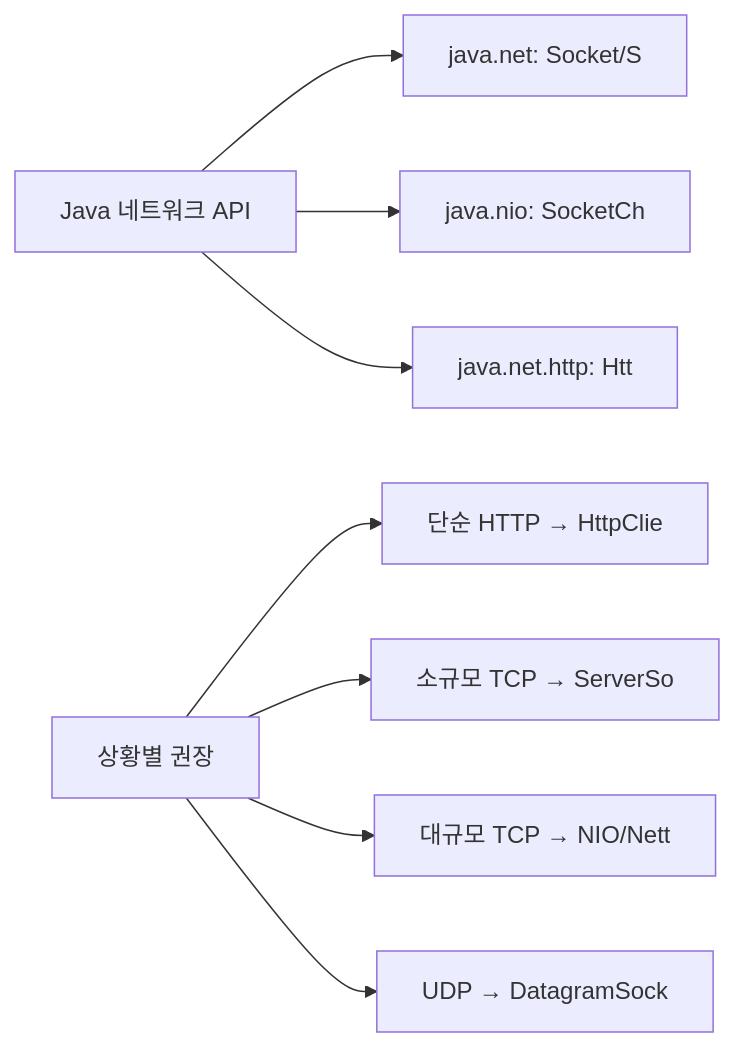
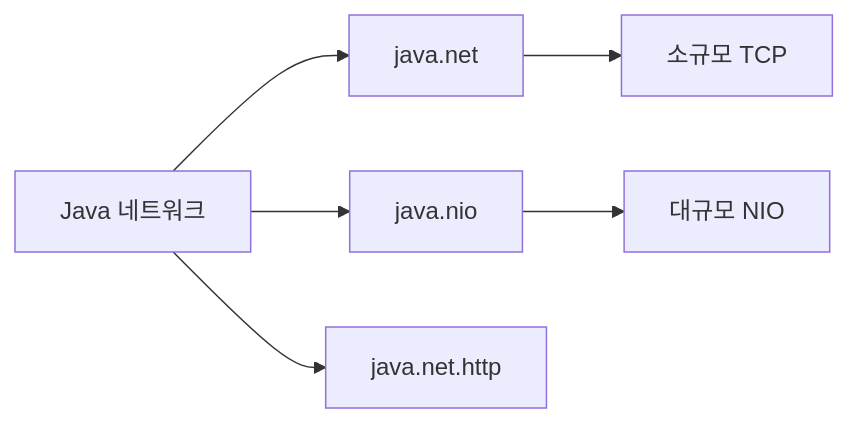
Before and after one commit to yjkim2015/yjkim2015.github.io: the fifth of 5 diagrams in _posts/java/2026-05-01-java-network.md, drawn with Mermaid. The commit also changed other lines of this file and 163 other files, not shown here.

First line of the commit message:
Mermaid 300개 블록 내용 축소: 5노드 5엣지 이하, 의미 있는 약어

````diff
--- a/_posts/java/2026-05-01-java-network.md
+++ b/_posts/java/2026-05-01-java-network.md
@@ -889,10 +884,6 @@
 ```mermaid
 graph LR
-    A["Java 네트워크 API"] --> B["java.net: Socket/S"]
-    A --> C["java.nio: SocketCh"]
-    A --> D["java.net.http: Htt"]
-    E["상황별 권장"] --> E1["단순 HTTP → HttpClie"]
-    E --> E2["소규모 TCP → ServerSo"]
-    E --> E3["대규모 TCP → NIO/Nett"]
-    E --> E4["UDP → DatagramSock"]
+    A["Java 네트워크"] --> B["java.net"] & C["java.nio"] & D["java.net.http"]
+    B --> E["소규모 TCP"]
+    C --> F["대규모 NIO"]
 ```
````
